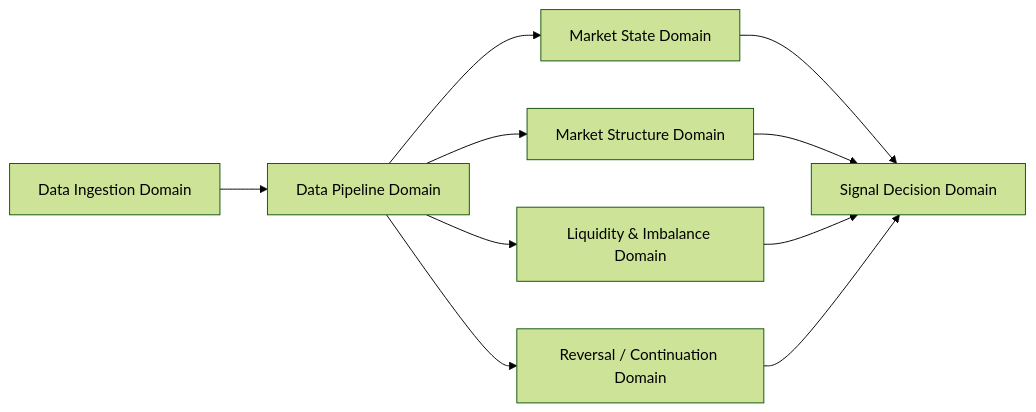
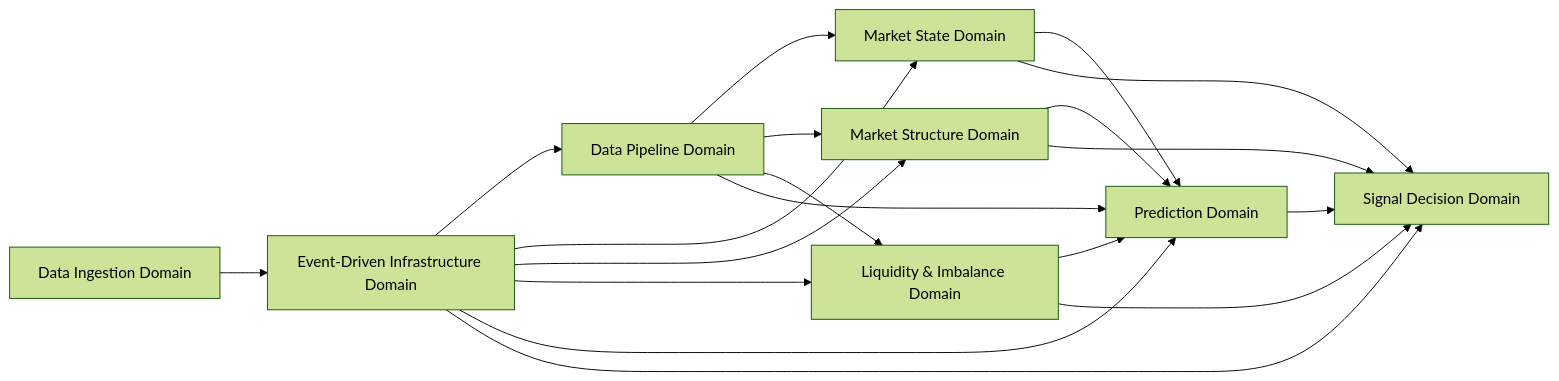
Before and after one commit to Wuzj-dev/Trading-System: the diagram in docs/foundation/domain-dependency-map.md, drawn with Mermaid (forest theme). The commit also changed other lines of this file and 23 other files, not shown here.

Commit message:
docs: fix domain ownership and architecture index

````diff
--- a/docs/foundation/domain-dependency-map.md
+++ b/docs/foundation/domain-dependency-map.md
@@ -8,12 +8,21 @@
 ```mermaid
 flowchart LR
-    A[Data Ingestion Domain] --> B[Data Pipeline Domain]
-    B --> C[Market State Domain]
-    B --> D[Market Structure Domain]
-    B --> E[Liquidity & Imbalance Domain]
-    B --> F[Reversal / Continuation Domain]
-    C --> G[Signal Decision Domain]
+    A[Data Ingestion Domain] --> B[Event-Driven Infrastructure Domain]
+    B --> C[Data Pipeline Domain]
+    B --> D[Market State Domain]
+    B --> E[Market Structure Domain]
+    B --> F[Liquidity & Imbalance Domain]
+    B --> G[Prediction Domain]
+    B --> H[Signal Decision Domain]
     D --> G
     E --> G
     F --> G
+    C --> D
+    C --> E
+    C --> F
+    C --> G
+    D --> H
+    E --> H
+    F --> H
+    G --> H
 ```
````
